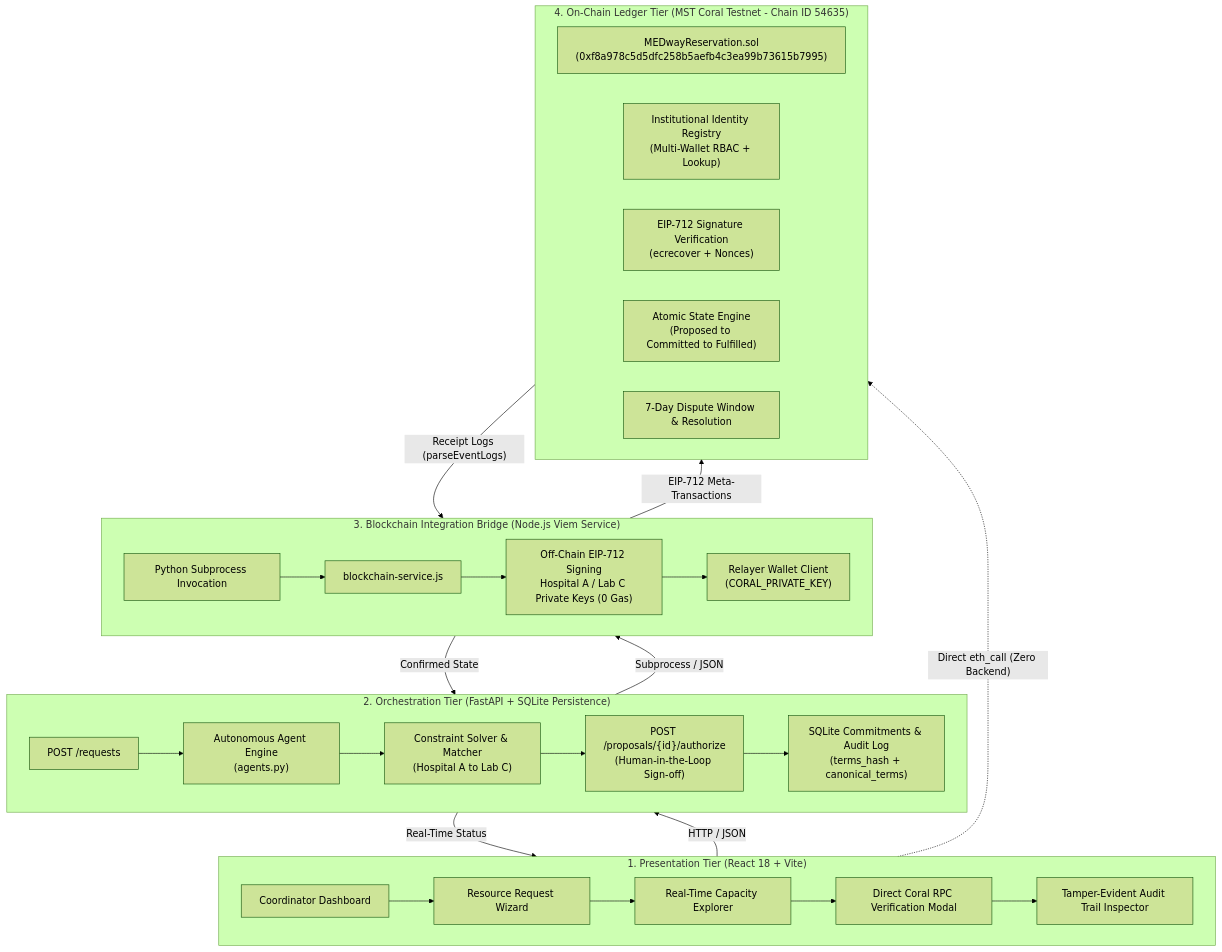
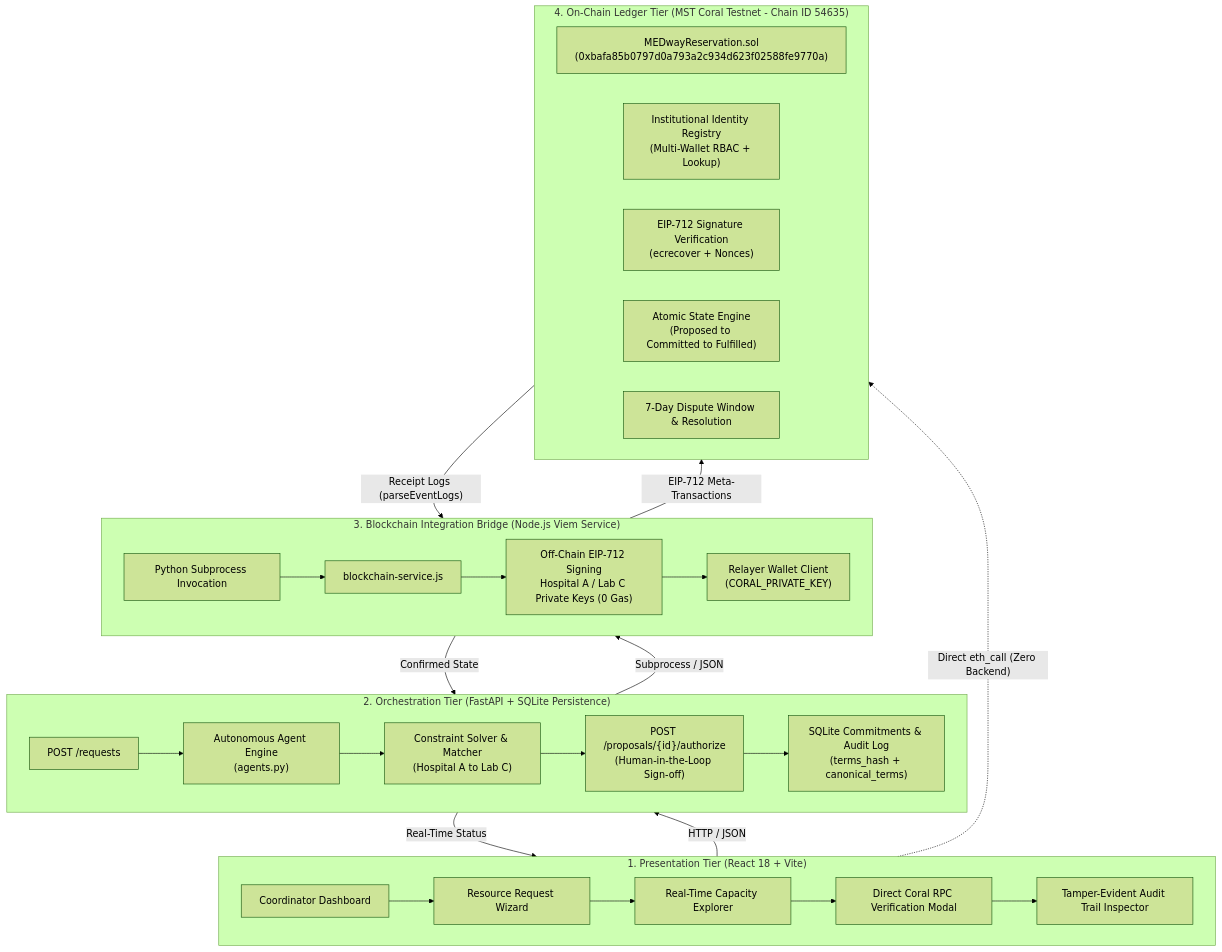
Before and after one commit to omkar0075/blockchain: the first of 4 diagrams in README.md, drawn with Mermaid (forest theme). The commit also changed other lines of this file and 6 other files, not shown here.

````diff
--- a/README.md
+++ b/README.md
@@ -105,38 +105,38 @@
 ```mermaid
 flowchart TB
     subgraph UI["1. Presentation Tier (React 18 + Vite)"]
         A1["Coordinator Dashboard"] --> A2["Resource Request Wizard"]
         A2 --> A3["Real-Time Capacity Explorer"]
         A3 --> A4["Direct Coral RPC Verification Modal"]
         A4 --> A5["Tamper-Evident Audit Trail Inspector"]
     end
 
     subgraph API["2. Orchestration Tier (FastAPI + SQLite Persistence)"]
         B1["POST /requests"] --> B2["Autonomous Agent Engine<br/>(agents.py)"]
         B2 --> B3["Constraint Solver & Matcher<br/>(Hospital A to Lab C)"]
         B3 --> B4["POST /proposals/{id}/authorize<br/>(Human-in-the-Loop Sign-off)"]
         B4 --> B5["SQLite Commitments & Audit Log<br/>(terms_hash + canonical_terms)"]
     end
 
     subgraph BRIDGE["3. Blockchain Integration Bridge (Node.js Viem Service)"]
         C1["Python Subprocess Invocation"] --> C2["blockchain-service.js"]
         C2 --> C3["Off-Chain EIP-712 Signing<br/>Hospital A / Lab C Private Keys (0 Gas)"]
         C3 --> C4["Relayer Wallet Client<br/>(CORAL_PRIVATE_KEY)"]
     end
 
     subgraph CHAIN["4. On-Chain Ledger Tier (MST Coral Testnet - Chain ID 54635)"]
-        D1["MEDwayReservation.sol<br/>(0xf8a978c5d5dfc258b5aefb4c3ea99b73615b7995)"]
+        D1["MEDwayReservation.sol<br/>(0xbafa85b0797d0a793a2c934d623f02588fe9770a)"]
         D2["Institutional Identity Registry<br/>(Multi-Wallet RBAC + Lookup)"]
         D3["EIP-712 Signature Verification<br/>(ecrecover + Nonces)"]
         D4["Atomic State Engine<br/>(Proposed to Committed to Fulfilled)"]
         D5["7-Day Dispute Window & Resolution"]
     end
 
     UI -->|"HTTP / JSON"| API
     API -->|"Subprocess / JSON"| BRIDGE
     BRIDGE -->|"EIP-712 Meta-Transactions"| CHAIN
     CHAIN -->|"Receipt Logs (parseEventLogs)"| BRIDGE
     BRIDGE -->|"Confirmed State"| API
     API -->|"Real-Time Status"| UI
     UI -.->|"Direct eth_call (Zero Backend)"| CHAIN
 ```
````
